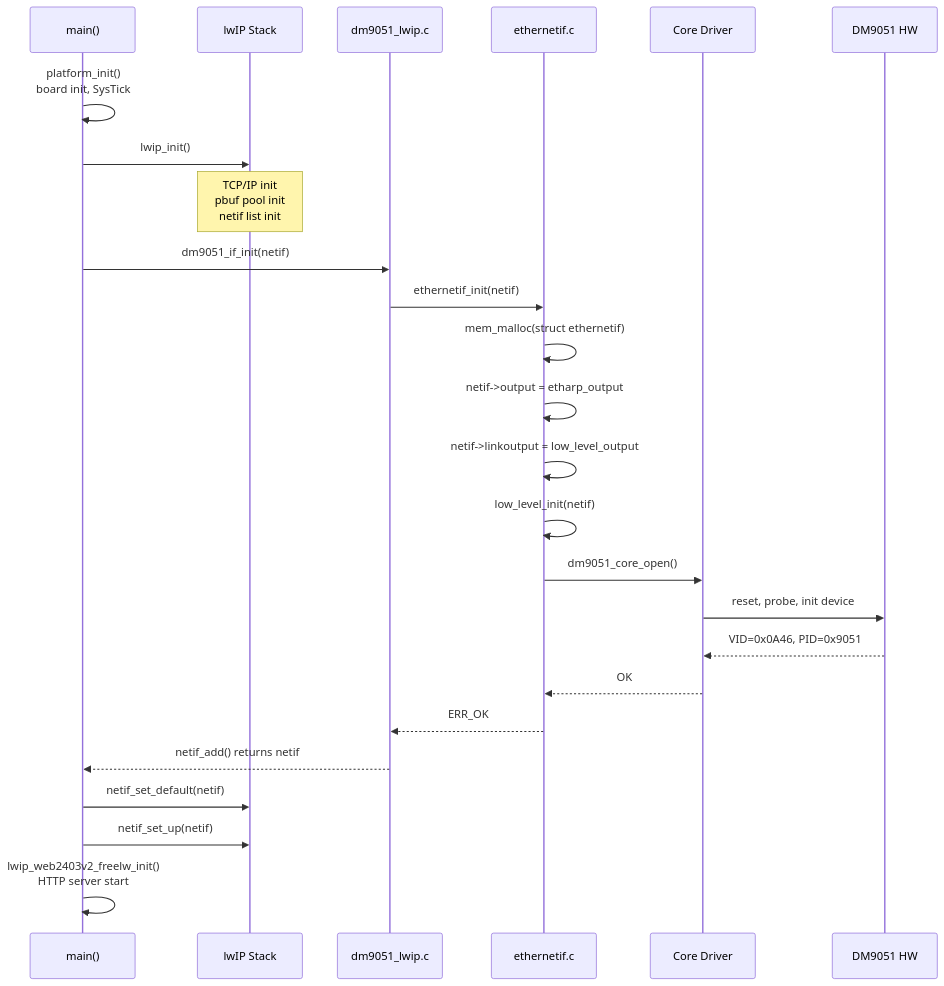
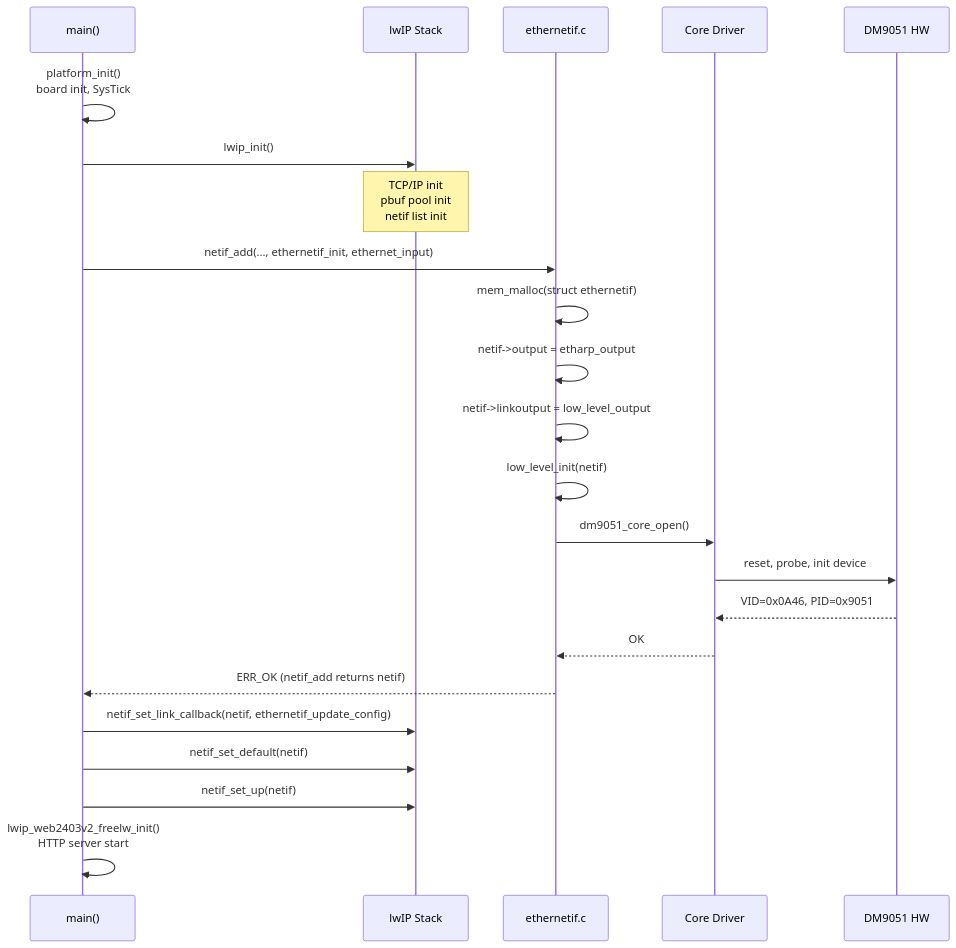
One commit to yicheng55/mh2030_demo changed the first of 5 diagrams in docs/dm9051_lwip_adapter_analysis.md. Above: the diagram before and after it, drawn with Mermaid. The commit also changed other lines of this file, not shown here.

````diff
--- a/docs/dm9051_lwip_adapter_analysis.md
+++ b/docs/dm9051_lwip_adapter_analysis.md
@@ -301,31 +317,29 @@
 ```mermaid
 sequenceDiagram
     participant APP as main()
     participant LWIP as lwIP Stack
-    participant ADPT as dm9051_lwip.c
     participant ETHIF as ethernetif.c
     participant CORE as Core Driver
     participant DM as DM9051 HW
 
     APP->>APP: platform_init()<br/>board init, SysTick
     APP->>LWIP: lwip_init()
     Note over LWIP: TCP/IP init<br/>pbuf pool init<br/>netif list init
 
-    APP->>ADPT: dm9051_if_init(netif)
-    ADPT->>ETHIF: ethernetif_init(netif)
+    APP->>ETHIF: netif_add(..., ethernetif_init, ethernet_input)
     ETHIF->>ETHIF: mem_malloc(struct ethernetif)
     ETHIF->>ETHIF: netif->output = etharp_output
     ETHIF->>ETHIF: netif->linkoutput = low_level_output
 
     ETHIF->>ETHIF: low_level_init(netif)
     ETHIF->>CORE: dm9051_core_open()
     CORE->>DM: reset, probe, init device
     DM-->>CORE: VID=0x0A46, PID=0x9051
     CORE-->>ETHIF: OK
-    ETHIF-->>ADPT: ERR_OK
-    ADPT-->>APP: netif_add() returns netif
+    ETHIF-->>APP: ERR_OK (netif_add returns netif)
 
+    APP->>LWIP: netif_set_link_callback(netif, ethernetif_update_config)
     APP->>LWIP: netif_set_default(netif)
     APP->>LWIP: netif_set_up(netif)
     APP->>APP: lwip_web2403v2_freelw_init()<br/>HTTP server start
 ```
````
